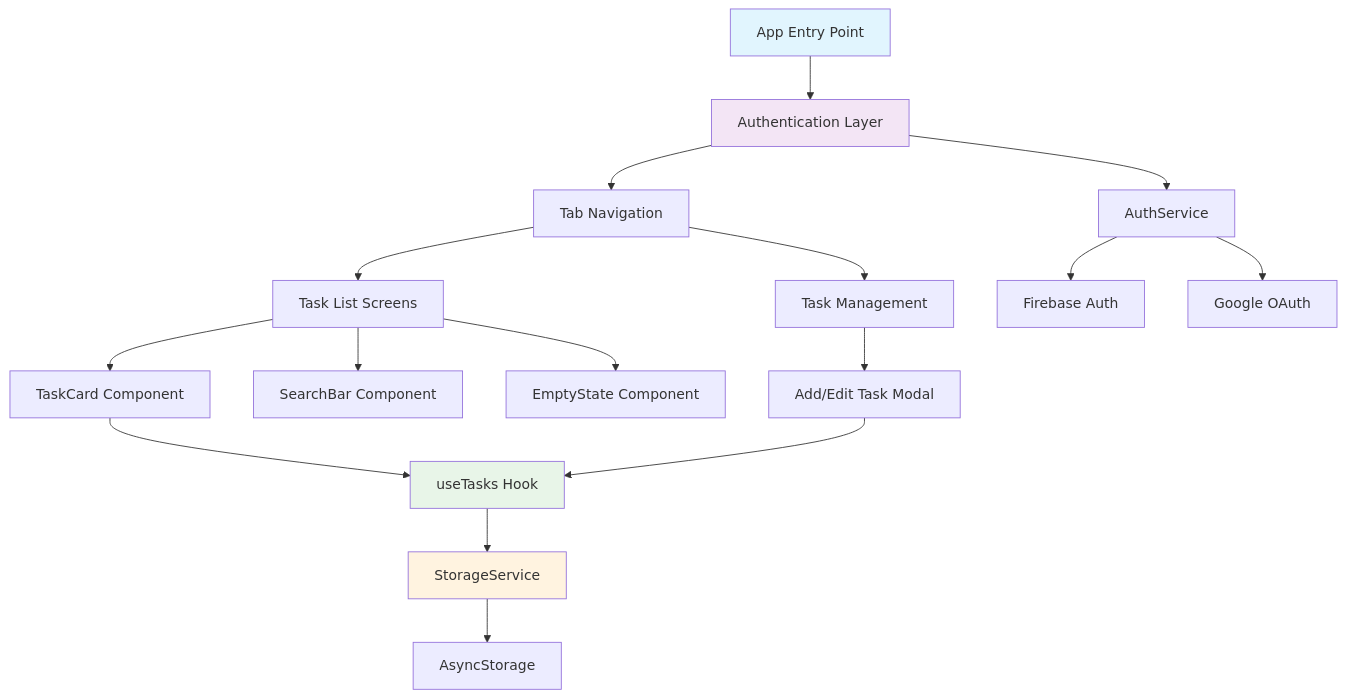
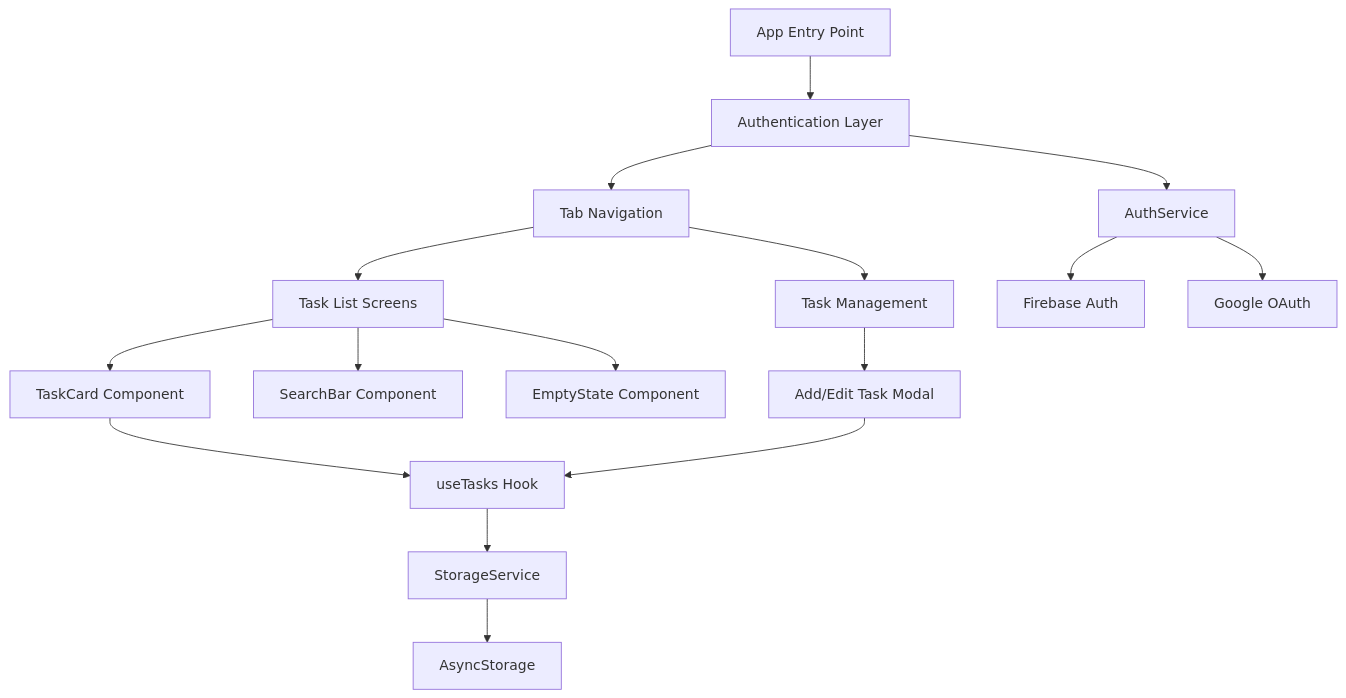
The diagram in README.md (Haripriya-a07/Todo_TaskManagemnet), drawn with Mermaid before and after one commit.

````diff
--- a/README.md
+++ b/README.md
@@ -130,28 +130,24 @@
 ```mermaid
 graph TB
     A[App Entry Point] --> B[Authentication Layer]
     B --> C[Tab Navigation]
     C --> D[Task List Screens]
     C --> E[Task Management]
     
     D --> F[TaskCard Component]
     D --> G[SearchBar Component]
     D --> H[EmptyState Component]
     
     E --> I[Add/Edit Task Modal]
     
     F --> J[useTasks Hook]
     I --> J
     
     J --> K[StorageService]
     K --> L[AsyncStorage]
     
     B --> M[AuthService]
     M --> N[Firebase Auth]
     M --> O[Google OAuth]
-    
-    style A fill:#e1f5fe
-    style B fill:#f3e5f5
-    style J fill:#e8f5e8
-    style K fill:#fff3e0
+
 ```
````
